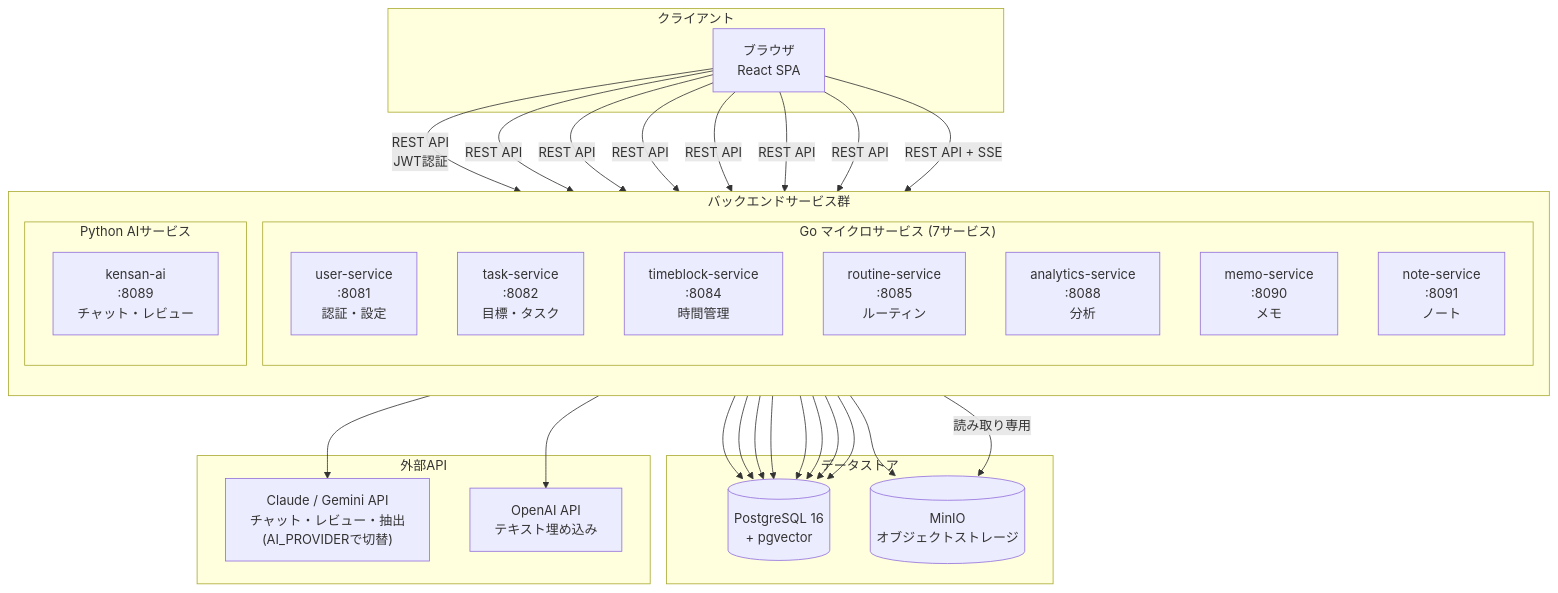
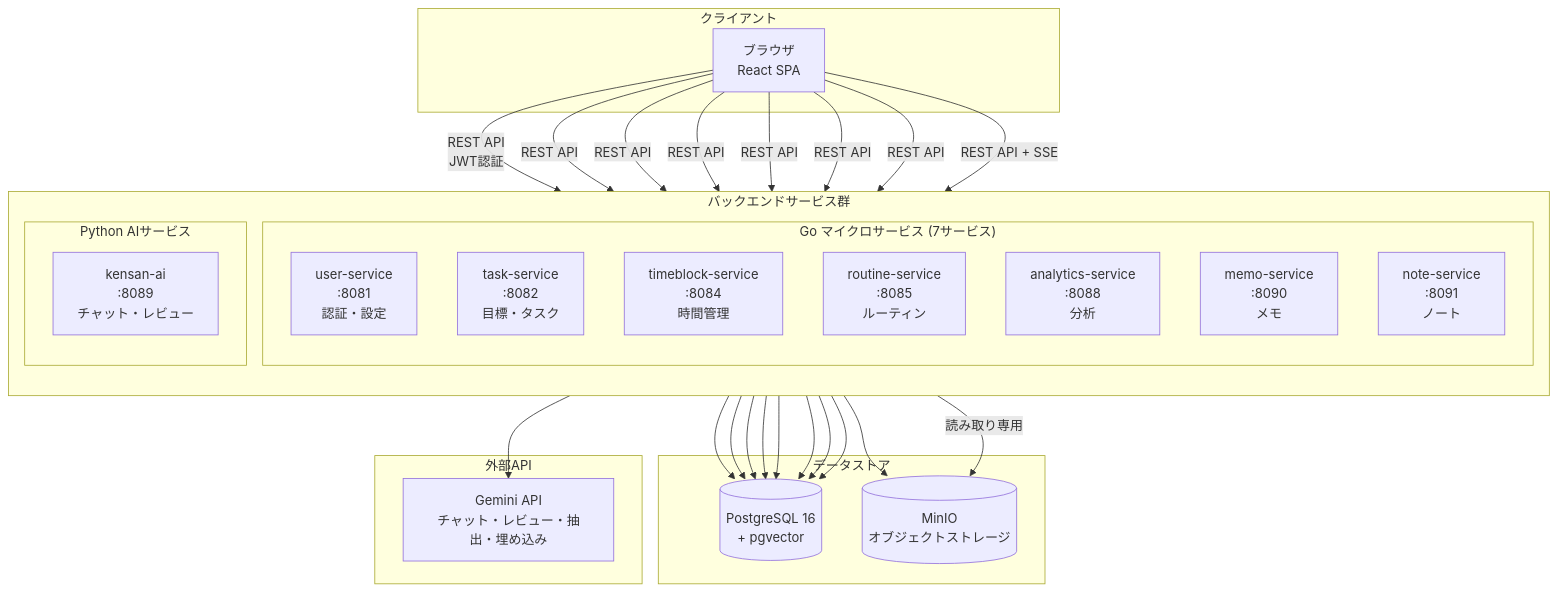
The first of 16 diagrams in ARCHITECTURE.md (yu-min3/kensan), drawn with Mermaid before and after one commit. The commit also changed other lines of this file and 9 other files, not shown here.

````diff
--- a/ARCHITECTURE.md
+++ b/ARCHITECTURE.md
@@ -28,55 +28,53 @@
 ```mermaid
 graph TB
     subgraph "クライアント"
         Browser["ブラウザ<br/>React SPA"]
     end
 
     subgraph "バックエンドサービス群"
         direction TB
         subgraph "Go マイクロサービス (7サービス)"
             US["user-service<br/>:8081<br/>認証・設定"]
             TS["task-service<br/>:8082<br/>目標・タスク"]
             TBS["timeblock-service<br/>:8084<br/>時間管理"]
             RS["routine-service<br/>:8085<br/>ルーティン"]
             AS["analytics-service<br/>:8088<br/>分析"]
             MS["memo-service<br/>:8090<br/>メモ"]
             NS["note-service<br/>:8091<br/>ノート"]
         end
 
         subgraph "Python AIサービス"
             AI["kensan-ai<br/>:8089<br/>チャット・レビュー"]
         end
     end
 
     subgraph "データストア"
         PG[("PostgreSQL 16<br/>+ pgvector")]
         MinIO[("MinIO<br/>オブジェクトストレージ")]
     end
 
     subgraph "外部API"
-        Claude["Claude / Gemini API<br/>チャット・レビュー・抽出<br/>(AI_PROVIDERで切替)"]
-        OpenAI["OpenAI API<br/>テキスト埋め込み"]
+        Gemini["Gemini API<br/>チャット・レビュー・抽出・埋め込み"]
     end
 
     Browser -->|"REST API<br/>JWT認証"| US
     Browser -->|"REST API"| TS
     Browser -->|"REST API"| TBS
     Browser -->|"REST API"| RS
     Browser -->|"REST API"| AS
     Browser -->|"REST API"| MS
     Browser -->|"REST API"| NS
     Browser -->|"REST API + SSE"| AI
 
     US --> PG
     TS --> PG
     TBS --> PG
     RS --> PG
     AS --> PG
     MS --> PG
     NS --> PG
     NS --> MinIO
     AI --> PG
     AI -->|読み取り専用| MinIO
-    AI --> Claude
-    AI --> OpenAI
+    AI --> Gemini
 ```
````
